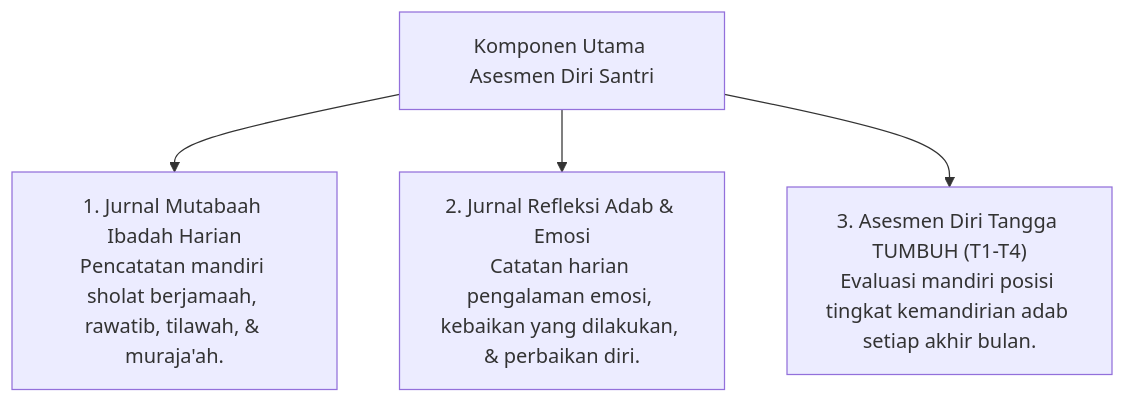
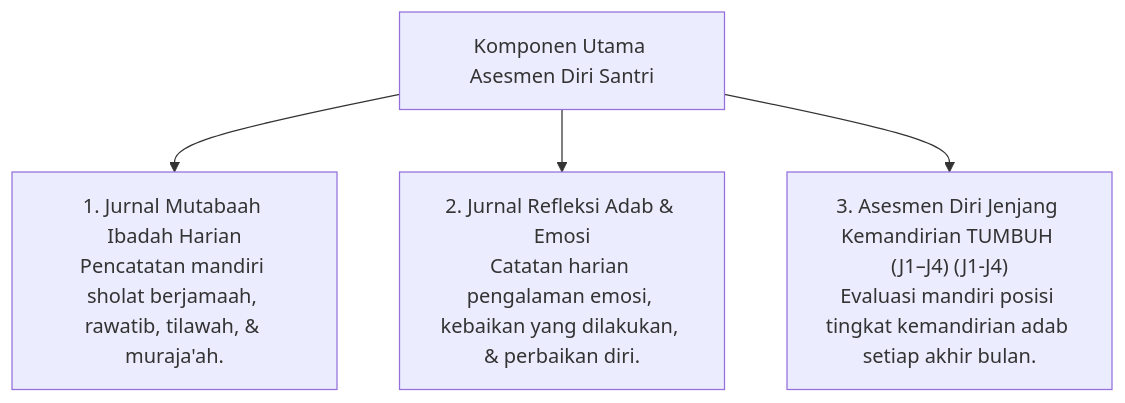
Before and after one commit to wandiapriliyandi/tumbuh: the diagram in 05 Assessment Framework/06 Self Assessment/P5-06-Sistem-Asesmen-Diri-dan-Jurnal-Refleksi.md, drawn with Mermaid. The commit also changed 209 other files, not shown here.

````diff
--- a/05 Assessment Framework/06 Self Assessment/P5-06-Sistem-Asesmen-Diri-dan-Jurnal-Refleksi.md
+++ b/05 Assessment Framework/06 Self Assessment/P5-06-Sistem-Asesmen-Diri-dan-Jurnal-Refleksi.md
@@ -14,7 +14,7 @@
 ```mermaid
 graph TD
     SelfSystem["Komponen Utama Asesmen Diri Santri"]
     SelfSystem --> Mutabaah["1. Jurnal Mutabaah Ibadah Harian<br/>Pencatatan mandiri sholat berjamaah, rawatib, tilawah, & muraja'ah."]
     SelfSystem --> AdabJournal["2. Jurnal Refleksi Adab & Emosi<br/>Catatan harian pengalaman emosi, kebaikan yang dilakukan, & perbaikan diri."]
-    SelfSystem --> SelfEval["3. Asesmen Diri Tangga TUMBUH (T1-T4)<br/>Evaluasi mandiri posisi tingkat kemandirian adab setiap akhir bulan."]
+    SelfSystem --> SelfEval["3. Asesmen Diri Jenjang Kemandirian TUMBUH (J1–J4) (J1-J4)<br/>Evaluasi mandiri posisi tingkat kemandirian adab setiap akhir bulan."]
 ```
````
